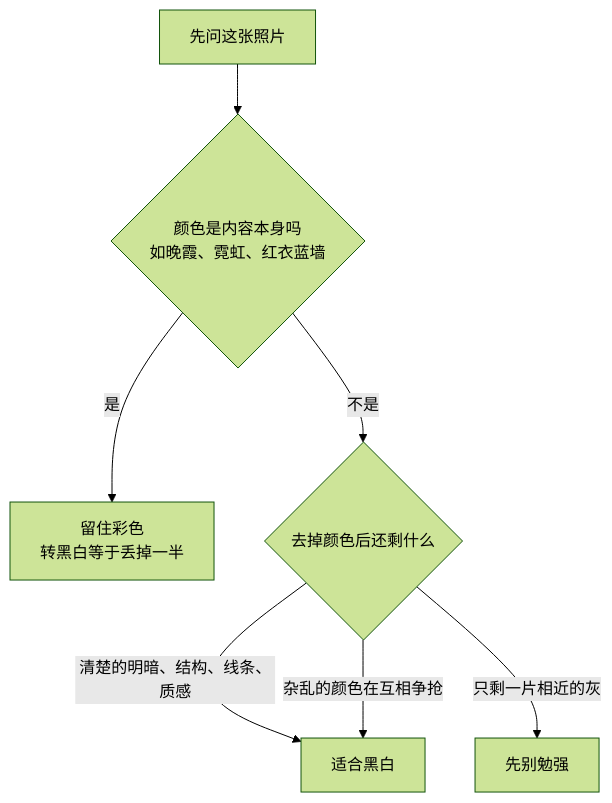
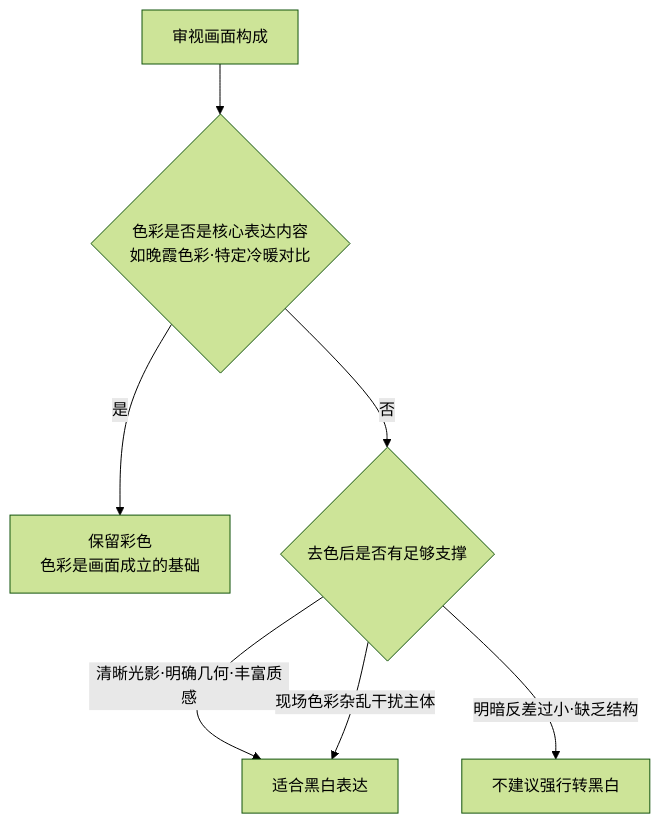
One commit to yingwang/photography-book changed the diagram in docs/12-bw.md. Above: the diagram before and after it, drawn with Mermaid (forest theme). The commit also changed other lines of this file and 16 other files, not shown here.

````diff
--- a/docs/12-bw.md
+++ b/docs/12-bw.md
@@ -31,9 +35,9 @@
 ```mermaid
 graph TD
-    A["先问这张照片"] --> B{"颜色是内容本身吗<br/>如晚霞、霓虹、红衣蓝墙"}
-    B -->|"是"| C["留住彩色<br/>转黑白等于丢掉一半"]
-    B -->|"不是"| D{"去掉颜色后还剩什么"}
-    D -->|"清楚的明暗、结构、线条、质感"| E["适合黑白"]
-    D -->|"杂乱的颜色在互相争抢"| E
-    D -->|"只剩一片相近的灰"| F["先别勉强"]
+    A["审视画面构成"] --> B{"色彩是否是核心表达内容<br/>如晚霞色彩·特定冷暖对比"}
+    B -->|"是"| C["保留彩色<br/>色彩是画面成立的基础"]
+    B -->|"否"| D{"去色后是否有足够支撑"}
+    D -->|"清晰光影·明确几何·丰富质感"| E["适合黑白表达"]
+    D -->|"现场色彩杂乱干扰主体"| E
+    D -->|"明暗反差过小·缺乏结构"| F["不建议强行转黑白"]
 ```
````
